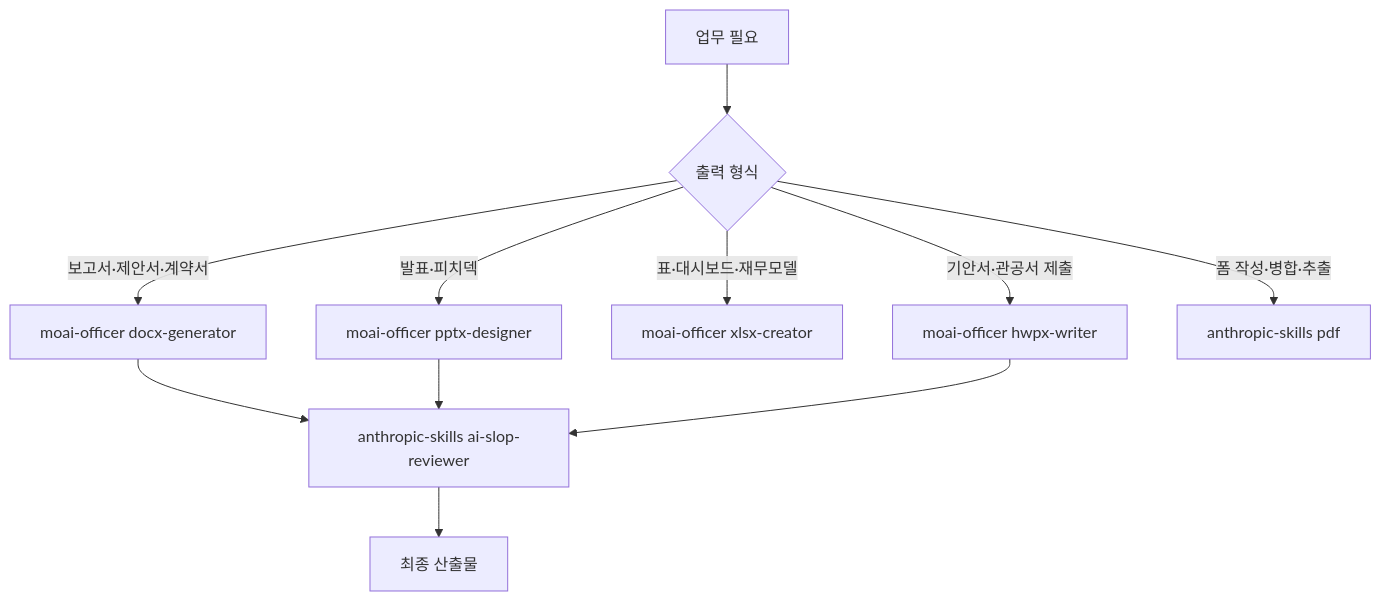
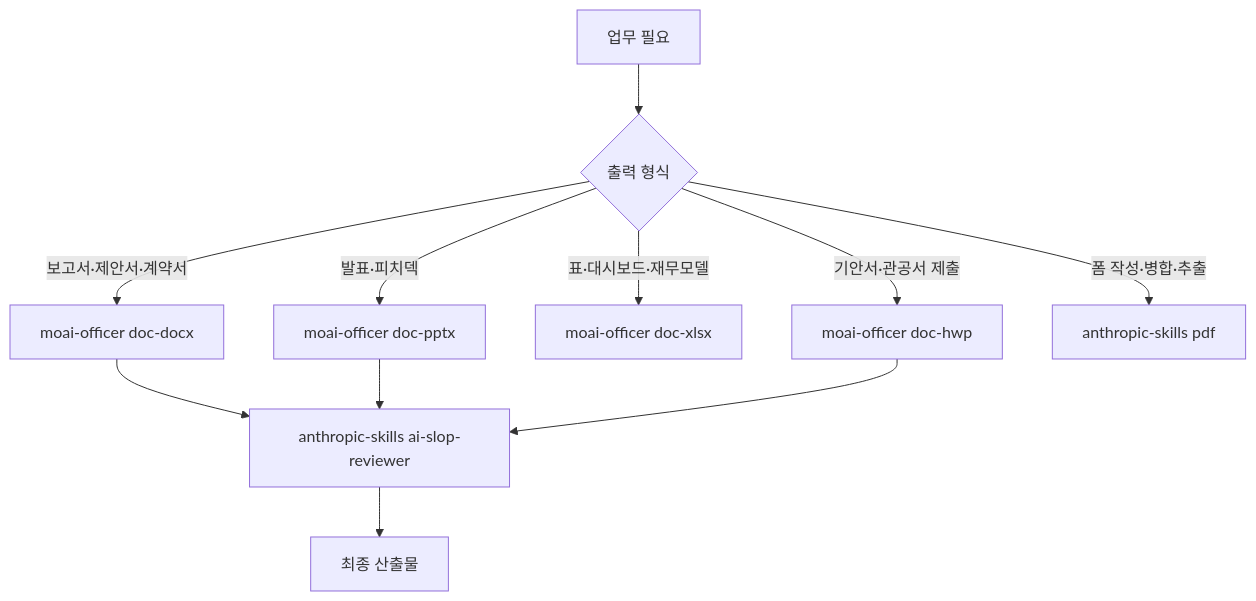
One commit to modu-ai/cowork-plugins changed the first of 5 diagrams in www/content/cookbook/tracks/track-documents.md. Above: the diagram before and after it, drawn with Mermaid. The commit also changed other lines of this file and 45 other files, not shown here.

First line of the commit message:
docs(www): 스킬명 정합 + 깨진 링크 수정 + mermaid 보강

````diff
--- a/www/content/cookbook/tracks/track-documents.md
+++ b/www/content/cookbook/tracks/track-documents.md
@@ -17,14 +17,14 @@
 ```mermaid
 flowchart TD
    Need[업무 필요] --> Choice{출력 형식}
-   Choice -->|보고서·제안서·계약서| Docx[moai-officer docx-generator]
-   Choice -->|발표·피치덱| Pptx[moai-officer pptx-designer]
-   Choice -->|표·대시보드·재무모델| Xlsx[moai-officer xlsx-creator]
-   Choice -->|기안서·관공서 제출| Hwpx[moai-officer hwpx-writer]
+   Choice -->|보고서·제안서·계약서| Docx[moai-officer doc-docx]
+   Choice -->|발표·피치덱| Pptx[moai-officer doc-pptx]
+   Choice -->|표·대시보드·재무모델| Xlsx[moai-officer doc-xlsx]
+   Choice -->|기안서·관공서 제출| Hwpx[moai-officer doc-hwp]
    Choice -->|폼 작성·병합·추출| Pdf[anthropic-skills pdf]
 
    Docx --> Review[anthropic-skills ai-slop-reviewer]
    Pptx --> Review
    Hwpx --> Review
    Review --> Out[최종 산출물]
 ```
````
